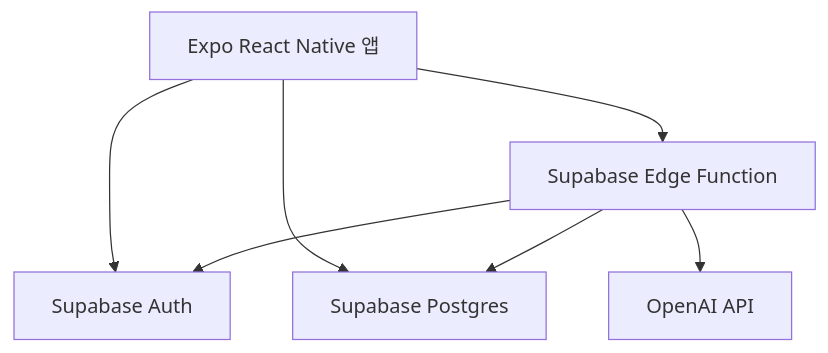
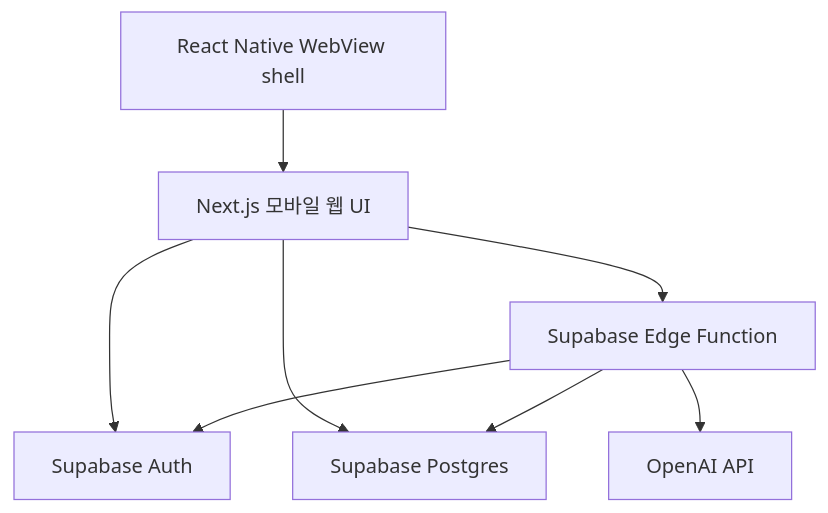
The diagram in docs/architecture/overview.md (qpow1018/health-checker), drawn with Mermaid before and after one commit. The commit also changed other lines of this file and 4 other files, not shown here.

Commit message:
docs: switch MVP stack to Next.js WebView shell

````diff
--- a/docs/architecture/overview.md
+++ b/docs/architecture/overview.md
@@ -16,15 +17,17 @@
 ```mermaid
 flowchart TD
-  App["Expo React Native 앱"]
+  Shell["React Native WebView shell"]
+  Web["Next.js 모바일 웹 UI"]
   Auth["Supabase Auth"]
   DB["Supabase Postgres"]
   Edge["Supabase Edge Function"]
   OpenAI["OpenAI API"]
 
-  App --> Auth
-  App --> DB
-  App --> Edge
+  Shell --> Web
+  Web --> Auth
+  Web --> DB
+  Web --> Edge
   Edge --> Auth
   Edge --> DB
   Edge --> OpenAI
 ```
````
